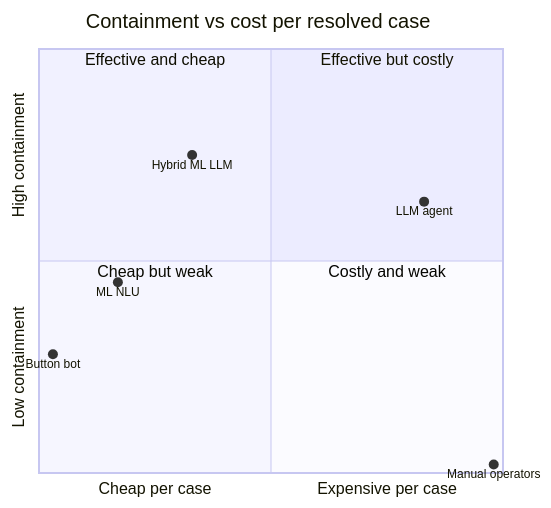
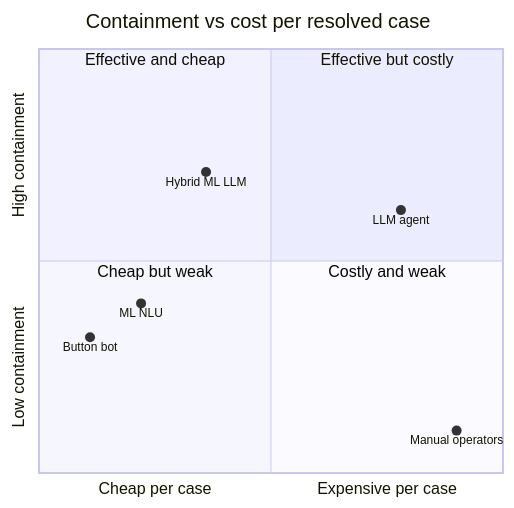
Before and after one commit to Sokhibjon18/ML-AI-PM: the third of 3 diagrams in 01-immersion-in-the-profession/01-immersion-in-the-profession/03-intro-to-ml-ai-products.md, drawn with Mermaid. The commit also changed other lines of this file, not shown here.

Commit message:
Fix clipped labels in quadrant chart

````diff
--- a/01-immersion-in-the-profession/01-immersion-in-the-profession/03-intro-to-ml-ai-products.md
+++ b/01-immersion-in-the-profession/01-immersion-in-the-profession/03-intro-to-ml-ai-products.md
@@ -98,15 +98,15 @@
 ```mermaid
 quadrantChart
   title Containment vs cost per resolved case
   x-axis "Cheap per case" --> "Expensive per case"
   y-axis "Low containment" --> "High containment"
   quadrant-1 "Effective but costly"
   quadrant-2 "Effective and cheap"
   quadrant-3 "Cheap but weak"
   quadrant-4 "Costly and weak"
-  Manual operators: [0.98, 0.02]
-  Button bot: [0.03, 0.28]
-  ML NLU: [0.17, 0.45]
-  LLM agent: [0.83, 0.64]
-  Hybrid ML LLM: [0.33, 0.75]
+  Manual operators: [0.90, 0.10]
+  Button bot: [0.11, 0.32]
+  ML NLU: [0.22, 0.40]
+  LLM agent: [0.78, 0.62]
+  Hybrid ML LLM: [0.36, 0.71]
 ```
````
